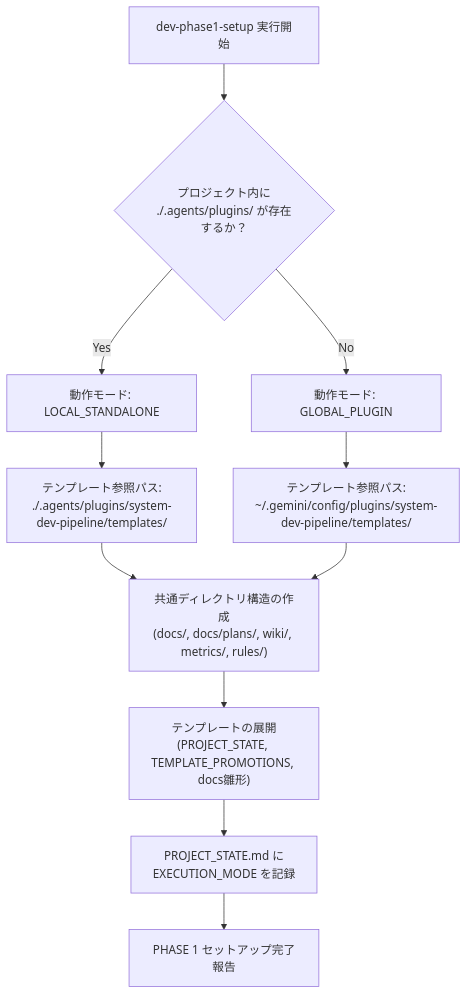
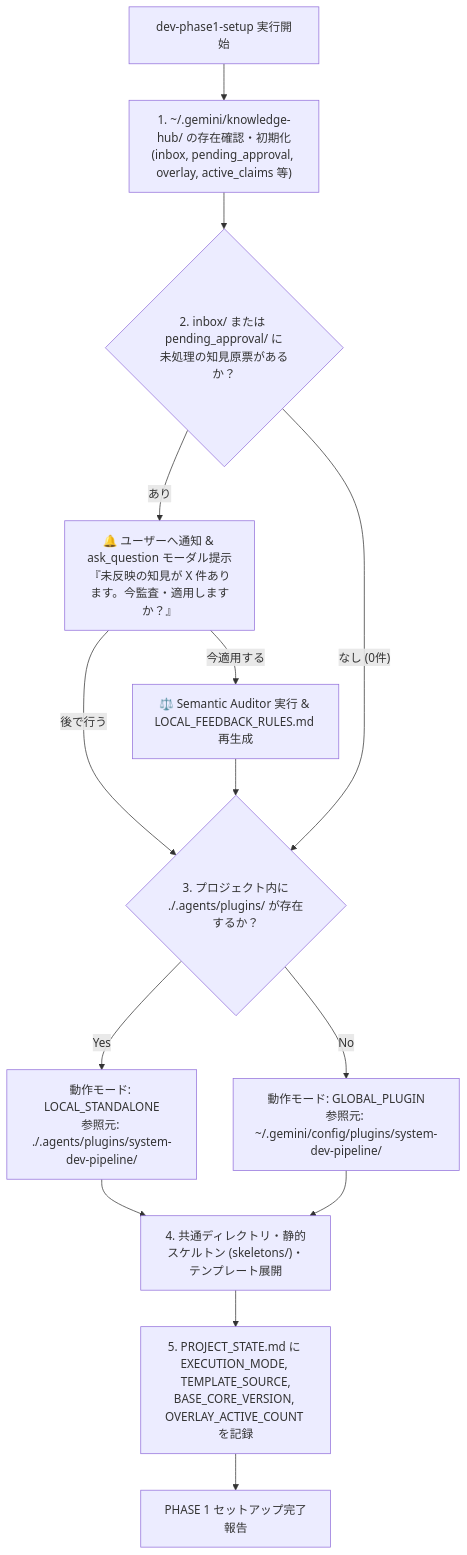
Before and after one commit to LeoPanda/template: the diagram in docs/設計書/Current/テンプレート配置形態およびナレッジ境界設計書.md, drawn with Mermaid. The commit also changed other lines of this file and 57 other files, not shown here.

````diff
--- a/docs/設計書/Current/テンプレート配置形態およびナレッジ境界設計書.md
+++ b/docs/設計書/Current/テンプレート配置形態およびナレッジ境界設計書.md
@@ -131,18 +143,19 @@
 ```mermaid
 flowchart TD
-    Start["dev-phase1-setup 実行開始"] --> CheckAgents{"プロジェクト内に<br>./.agents/plugins/ が存在するか？"}
+    Start["dev-phase1-setup 実行開始"] --> InitHub["1. ~/.gemini/knowledge-hub/ の存在確認・初期化<br>(inbox, pending_approval, overlay, active_claims 等)"]
+    InitHub --> CheckPending{"2. inbox/ または pending_approval/ に<br>未処理の知見原票があるか？"}
     
-    CheckAgents -- "Yes" --> SetLocal["動作モード: LOCAL_STANDALONE"]
-    CheckAgents -- "No" --> SetGlobal["動作モード: GLOBAL_PLUGIN"]
-    
-    SetLocal --> ResolveLocal["テンプレート参照パス:<br>./.agents/plugins/system-dev-pipeline/templates/"]
-    SetGlobal --> ResolveGlobal["テンプレート参照パス:<br>~/.gemini/config/plugins/system-dev-pipeline/templates/"]
-    
-    ResolveLocal --> CreateDirs["共通ディレクトリ構造の作成<br>(docs/, docs/plans/, wiki/, metrics/, rules/)"]
-    ResolveGlobal --> CreateDirs
-    
-    CreateDirs --> DeployTemplates["テンプレートの展開<br>(PROJECT_STATE, TEMPLATE_PROMOTIONS, docs雛形)"]
-    
-    DeployTemplates --> RecordMode["PROJECT_STATE.md に<br>EXECUTION_MODE を記録"]
+    CheckPending -- "あり" --> AlertUser["🔔 ユーザーへ通知 & ask_question モーダル提示<br>『未反映の知見が X 件あります。今監査・適用しますか？』"]
+    AlertUser -- "今適用する" --> RunAudit["⚖️ Semantic Auditor 実行 & LOCAL_FEEDBACK_RULES.md 再生成"]
+    AlertUser -- "後で行う" --> CheckAgents
+    RunAudit --> CheckAgents
+    CheckPending -- "なし (0件)" --> CheckAgents
+
+    CheckAgents{"3. プロジェクト内に<br>./.agents/plugins/ が存在するか？"}
+    CheckAgents -- "Yes" --> SetLocal["動作モード: LOCAL_STANDALONE<br>参照元: ./.agents/plugins/system-dev-pipeline/"]
+    CheckAgents -- "No" --> SetGlobal["動作モード: GLOBAL_PLUGIN<br>参照元: ~/.gemini/config/plugins/system-dev-pipeline/"]
+
+    SetLocal & SetGlobal --> DeployAssets["4. 共通ディレクトリ・静的スケルトン (skeletons/)・テンプレート展開"]
+    DeployAssets --> RecordMode["5. PROJECT_STATE.md に EXECUTION_MODE, TEMPLATE_SOURCE,<br>BASE_CORE_VERSION, OVERLAY_ACTIVE_COUNT を記録"]
     RecordMode --> Complete["PHASE 1 セットアップ完了報告"]
 ```
````
